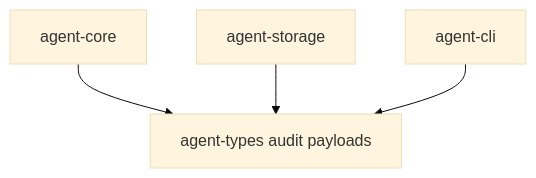
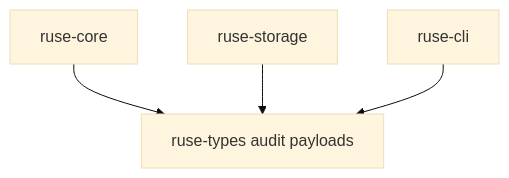
The diagram in docs/specs/M02-04-audit-trail.spec.md (poneding/agent), drawn with Mermaid (base theme) before and after one commit. The commit also changed other lines of this file and 2091 other files, not shown here.

First line of the commit message:
refactor: rename agent branding to ruse

````diff
--- a/docs/specs/M02-04-audit-trail.spec.md
+++ b/docs/specs/M02-04-audit-trail.spec.md
@@ -32,6 +32,6 @@
 ```mermaid
 flowchart TD
-  agent_core["agent-core"] --> agent_types["agent-types audit payloads"]
-  agent_storage["agent-storage"] --> agent_types
-  agent_cli["agent-cli"] --> agent_types
+  ruse_core["ruse-core"] --> ruse_types["ruse-types audit payloads"]
+  ruse_storage["ruse-storage"] --> ruse_types
+  ruse_cli["ruse-cli"] --> ruse_types
 ```
````
